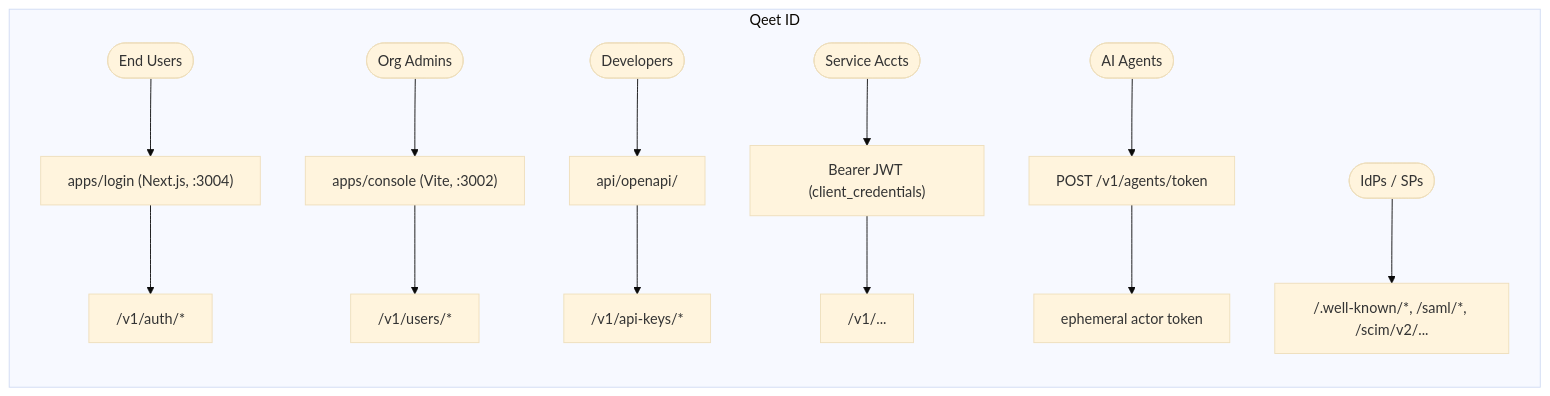
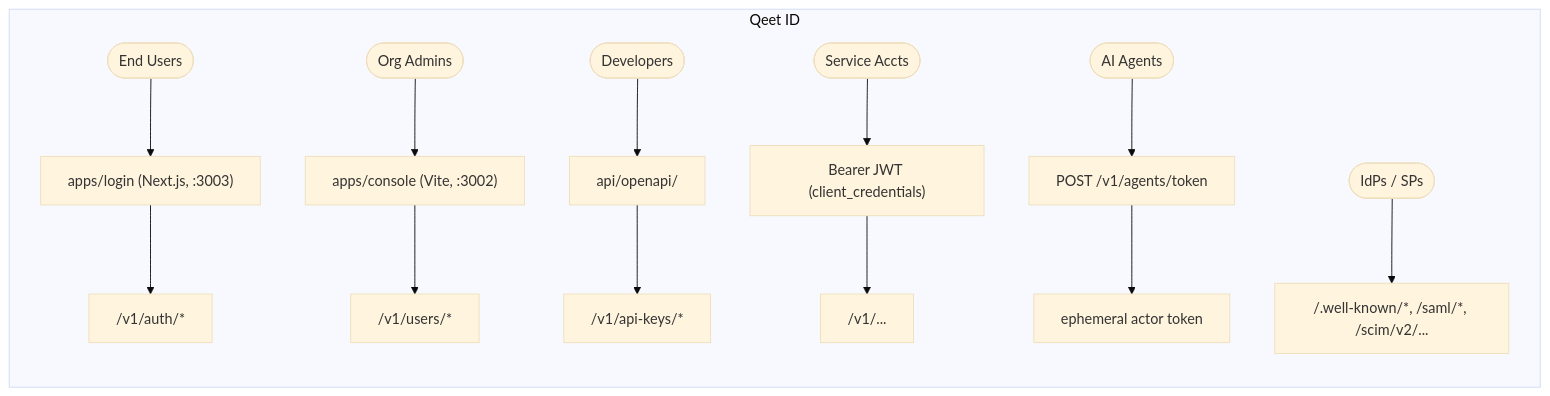
One commit to qeetgroup/qeet-id-server changed the first of 2 diagrams in docs/architecture/01-system-overview.md. Above: the diagram before and after it, drawn with Mermaid (base theme). The commit also changed other lines of this file and 19 other files, not shown here.

````diff
--- a/docs/architecture/01-system-overview.md
+++ b/docs/architecture/01-system-overview.md
@@ -17,11 +17,11 @@
 ```mermaid
 flowchart LR
     subgraph qeetid["Qeet ID"]
-        eu(["End Users"]) --> login["apps/login (Next.js, :3004)"] --> authp["/v1/auth/*"]
+        eu(["End Users"]) --> login["apps/login (Next.js, :3003)"] --> authp["/v1/auth/*"]
         oa(["Org Admins"]) --> console["apps/console (Vite, :3002)"] --> usersp["/v1/users/*"]
         dev(["Developers"]) --> openapi["api/openapi/"] --> keysp["/v1/api-keys/*"]
         sa(["Service Accts"]) --> bearer["Bearer JWT (client_credentials)"] --> v1p["/v1/..."]
         agents(["AI Agents"]) --> agtok["POST /v1/agents/token"] --> ephem["ephemeral actor token"]
         idp(["IdPs / SPs"]) --> proto["/.well-known/*, /saml/*, /scim/v2/..."]
     end
 ```
````
